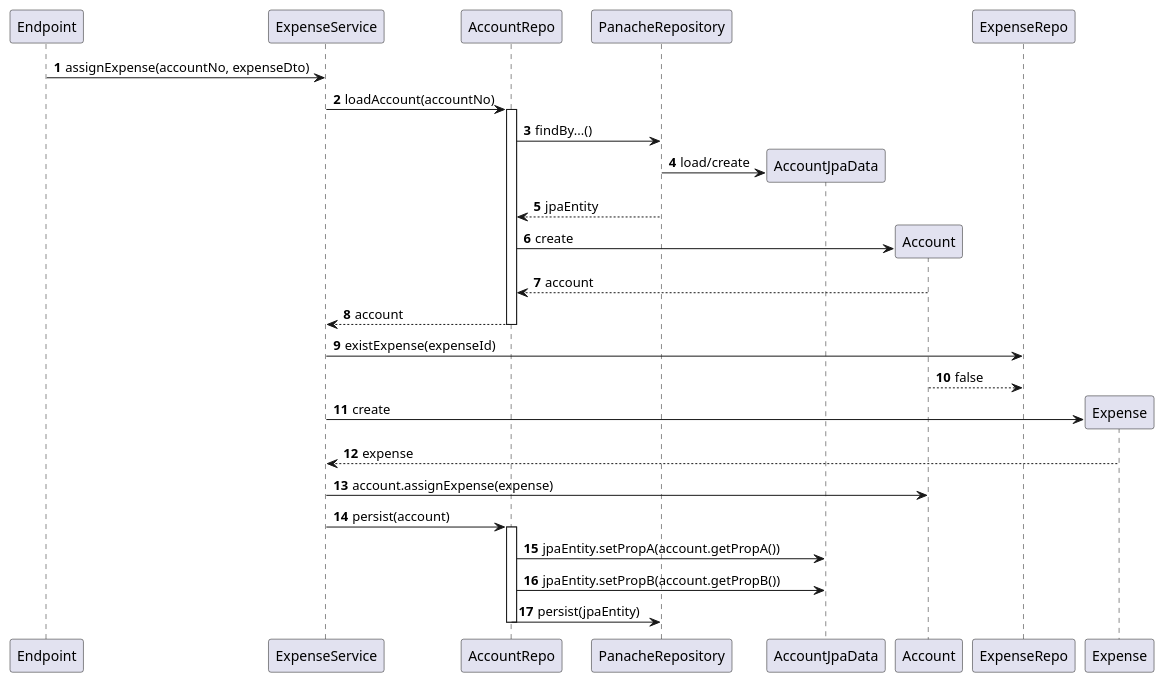
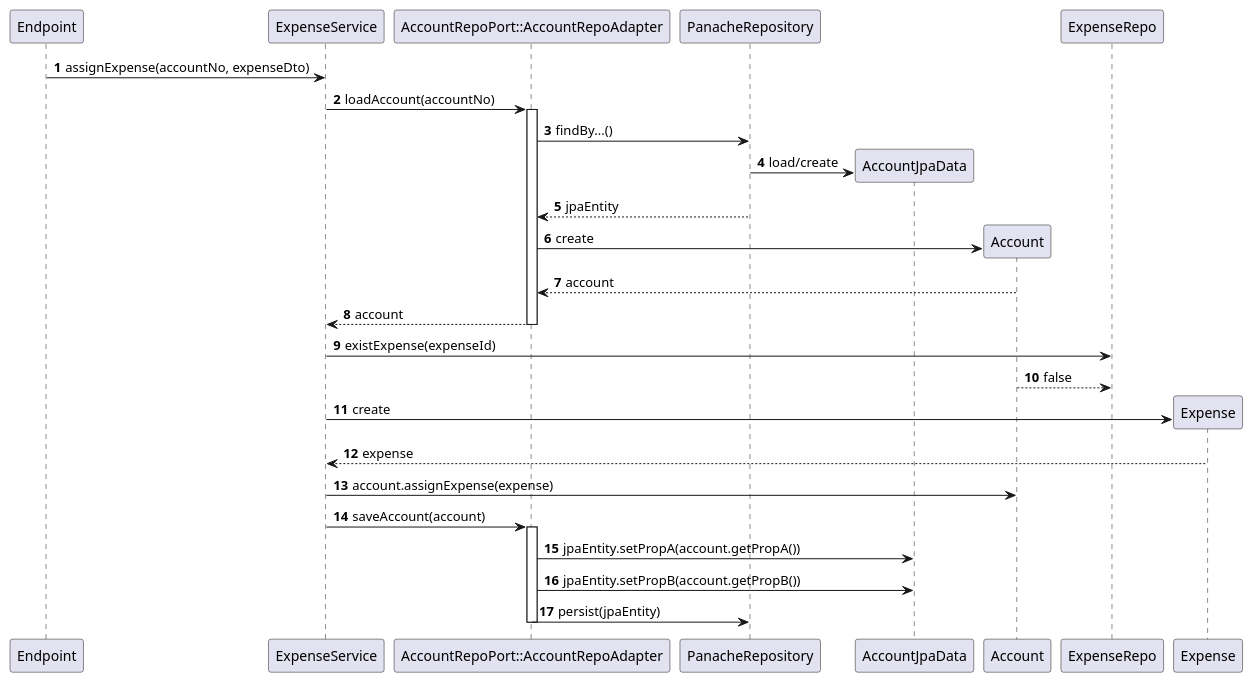
One commit to onouv/expenses changed the diagram in doc/implementation/backend/architecture/scraps/assign-expense.seq.puml. Above: the diagram before and after it, drawn with PlantUML. The commit also changed 16 other files, not shown here.

```diff
--- a/doc/implementation/backend/architecture/scraps/assign-expense.seq.puml
+++ b/doc/implementation/backend/architecture/scraps/assign-expense.seq.puml
@@ -1,32 +1,33 @@
 @startuml
 'https://plantuml.com/sequence-diagram
 
 autonumber
 
 Endpoint -> ExpenseService: assignExpense(accountNo, expenseDto)
+participant "AccountRepoPort::AccountRepoAdapter" as AccountRepo
 
 ExpenseService -> AccountRepo: loadAccount(accountNo)
 activate AccountRepo
 AccountRepo -> PanacheRepository: findBy...()
 PanacheRepository -> AccountJpaData **: load/create
 AccountRepo <-- PanacheRepository: jpaEntity
 AccountRepo -> Account **: create
 AccountRepo <-- Account: account
 ExpenseService <-- AccountRepo: account
 deactivate
 
 ExpenseService -> ExpenseRepo: existExpense(expenseId)
 ExpenseRepo <-- Account: false
 
 ExpenseService -> Expense **: create
 ExpenseService <-- Expense: expense
 ExpenseService -> Account: account.assignExpense(expense)
 
-ExpenseService -> AccountRepo: persist(account)
+ExpenseService -> AccountRepo: saveAccount(account)
 activate AccountRepo
 AccountRepo -> AccountJpaData: jpaEntity.setPropA(account.getPropA())
 AccountRepo -> AccountJpaData: jpaEntity.setPropB(account.getPropB())
 AccountRepo -> PanacheRepository: persist(jpaEntity)
 deactivate AccountRepo
 
 @enduml
```
